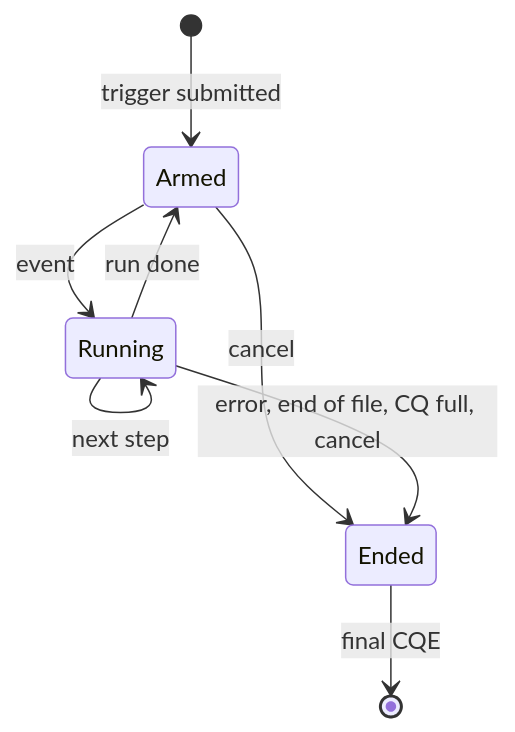
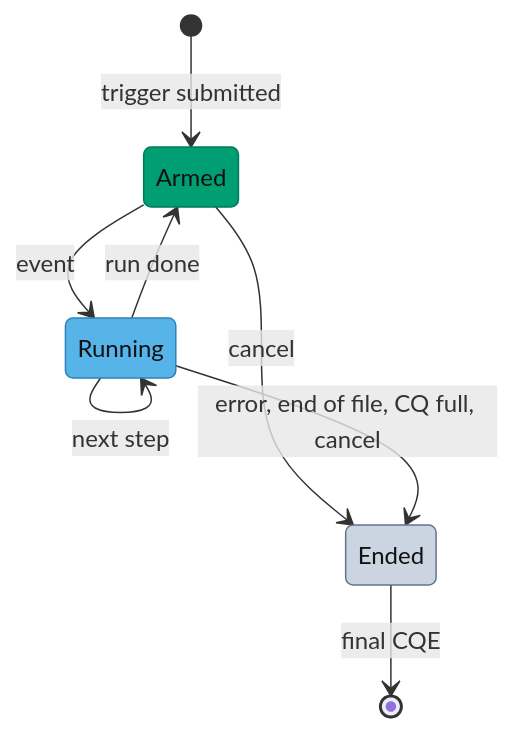
Diagram 14 of 15 in ARCHITECTURE.MD (grepjava/kqring), drawn with Mermaid before and after one commit. The commit also changed other lines of this file and 1 other file, not shown here.

First line of the commit message:
Docs: color the diagrams by role

````diff
--- a/ARCHITECTURE.MD
+++ b/ARCHITECTURE.MD
@@ -585,10 +689,17 @@
 ```mermaid
 stateDiagram-v2
     [*] --> Armed: trigger submitted
     Armed --> Running: event
     Running --> Running: next step
     Running --> Armed: run done
     Armed --> Ended: cancel
     Running --> Ended: error, end of file, CQ full, cancel
     Ended --> [*]: final CQE
+
+    classDef core fill:#56b4e9,stroke:#2b83b8,color:#111111
+    classDef ops fill:#009e73,stroke:#007a59,color:#111111
+    classDef plain fill:#cbd5e1,stroke:#64748b,color:#111111
+    class Armed ops
+    class Running core
+    class Ended plain
 ```
````
